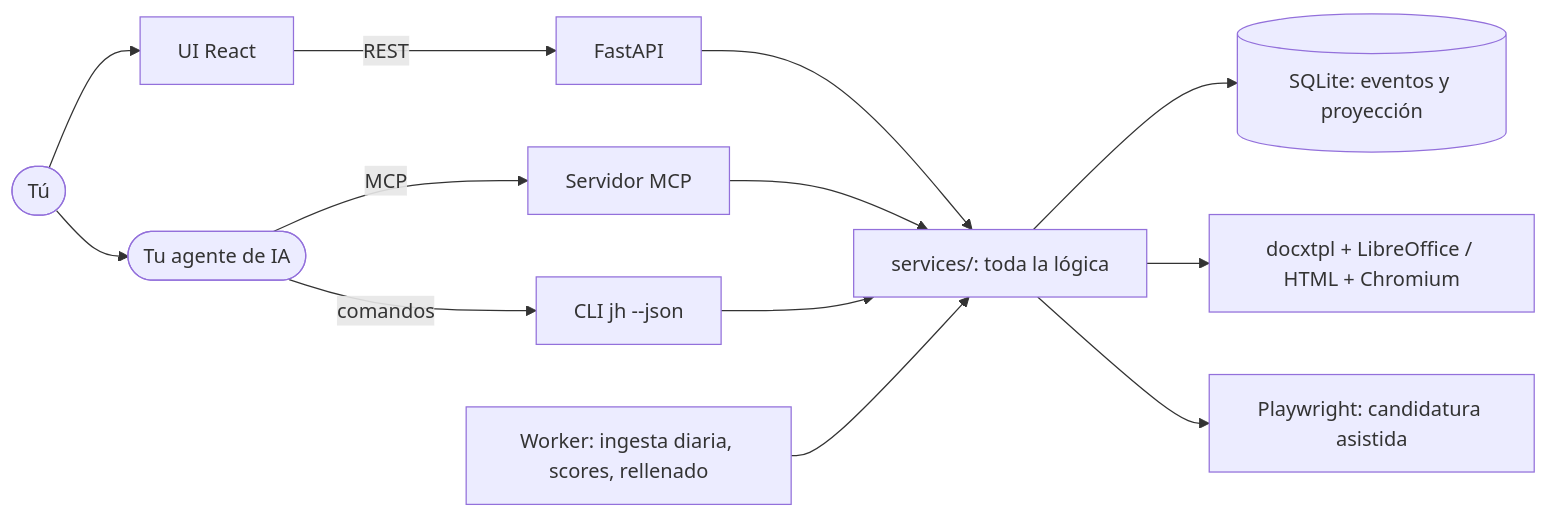
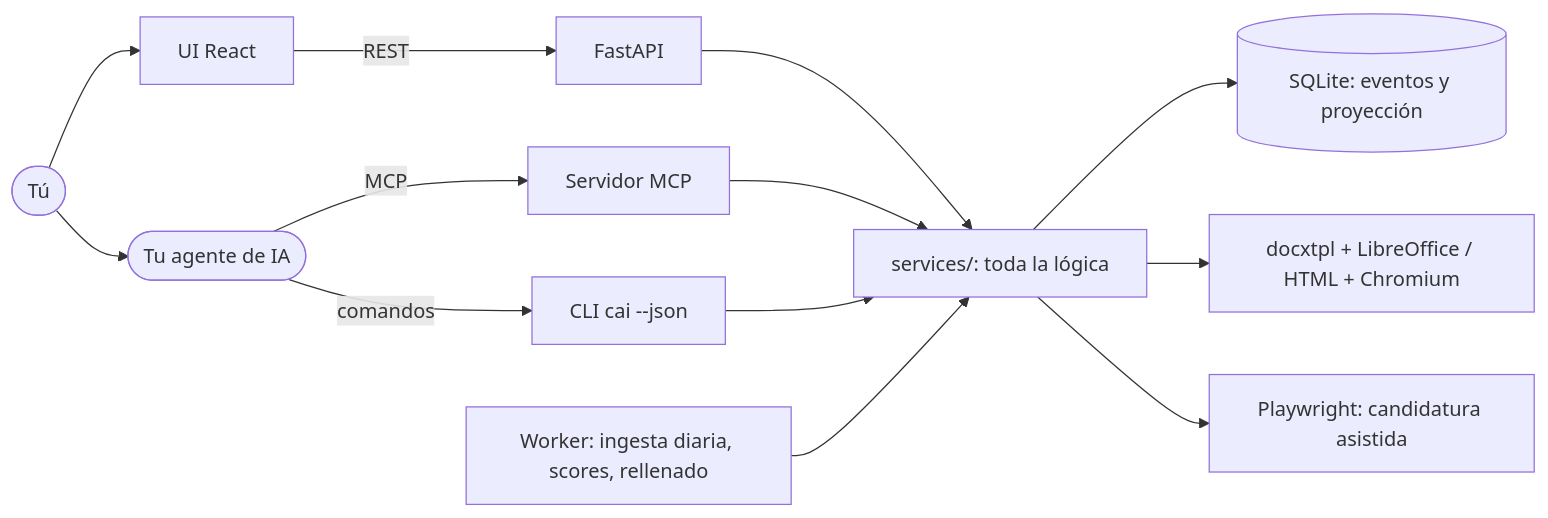
The first of 2 diagrams in README.es.md (DiegoPrieto23/candidatai), drawn with Mermaid before and after one commit. The commit also changed other lines of this file and 296 other files, not shown here.

````diff
--- a/README.es.md
+++ b/README.es.md
@@ -274,15 +274,15 @@
 ```mermaid
 flowchart LR
     user([Tú]) --> ui[UI React]
     user --> agent([Tu agente de IA])
     ui -->|REST| api[FastAPI]
     agent -->|MCP| mcp[Servidor MCP]
-    agent -->|comandos| cli[CLI jh --json]
+    agent -->|comandos| cli[CLI cai --json]
     api --> svc
     mcp --> svc
     cli --> svc
     worker[Worker: ingesta diaria, scores, rellenado] --> svc
     svc[services/: toda la lógica] --> db[(SQLite: eventos y proyección)]
     svc --> docs[docxtpl + LibreOffice / HTML + Chromium]
     svc --> pw[Playwright: candidatura asistida]
 ```
````
